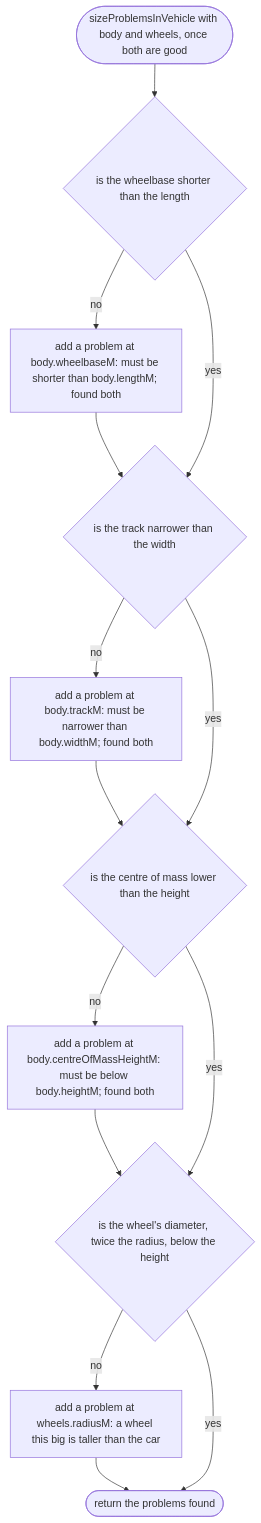
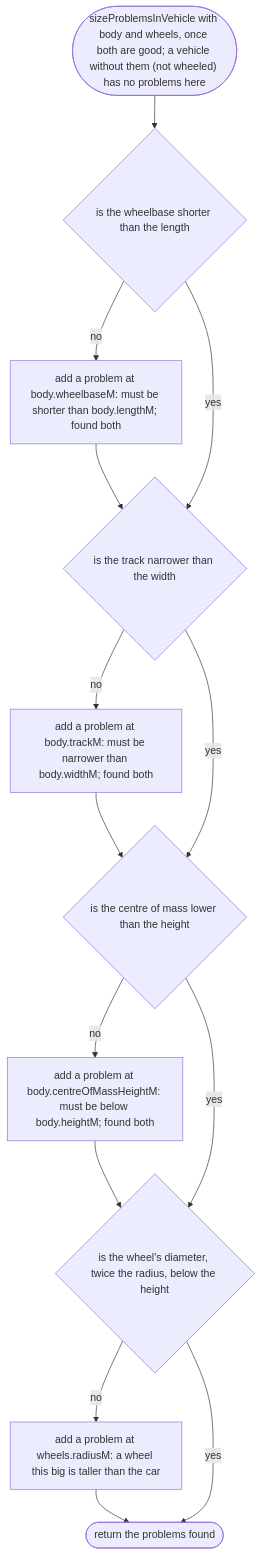
The fourth of 8 diagrams in docs/designs/src/place/vehicle.md (NewDara-Star/world-engine), drawn with Mermaid before and after one commit. The commit also changed other lines of this file and 41 other files, not shown here.

````diff
--- a/docs/designs/src/place/vehicle.md
+++ b/docs/designs/src/place/vehicle.md
@@ -56,22 +73,22 @@
 ```mermaid
 flowchart TD
-  s(["sizeProblemsInVehicle with body and wheels, once both are good"])
+  s(["sizeProblemsInVehicle with body and wheels, once both are good; a vehicle without them (not wheeled) has no problems here"])
   a{"is the wheelbase shorter than the length"}
   a1["add a problem at body.wheelbaseM: must be shorter than body.lengthM; found both"]
   b{"is the track narrower than the width"}
   b1["add a problem at body.trackM: must be narrower than body.widthM; found both"]
   c{"is the centre of mass lower than the height"}
   c1["add a problem at body.centreOfMassHeightM: must be below body.heightM; found both"]
   d{"is the wheel's diameter, twice the radius, below the height"}
   d1["add a problem at wheels.radiusM: a wheel this big is taller than the car"]
   e(["return the problems found"])
   s --> a
   a -->|"no"| a1 --> b
   a -->|"yes"| b
   b -->|"no"| b1 --> c
   b -->|"yes"| c
   c -->|"no"| c1 --> d
   c -->|"yes"| d
   d -->|"no"| d1 --> e
   d -->|"yes"| e
 ```
````
